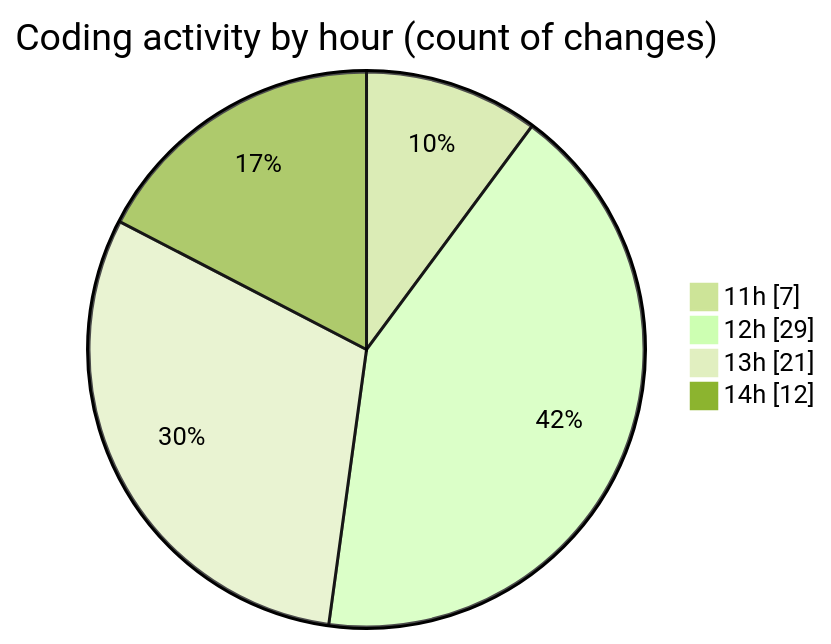
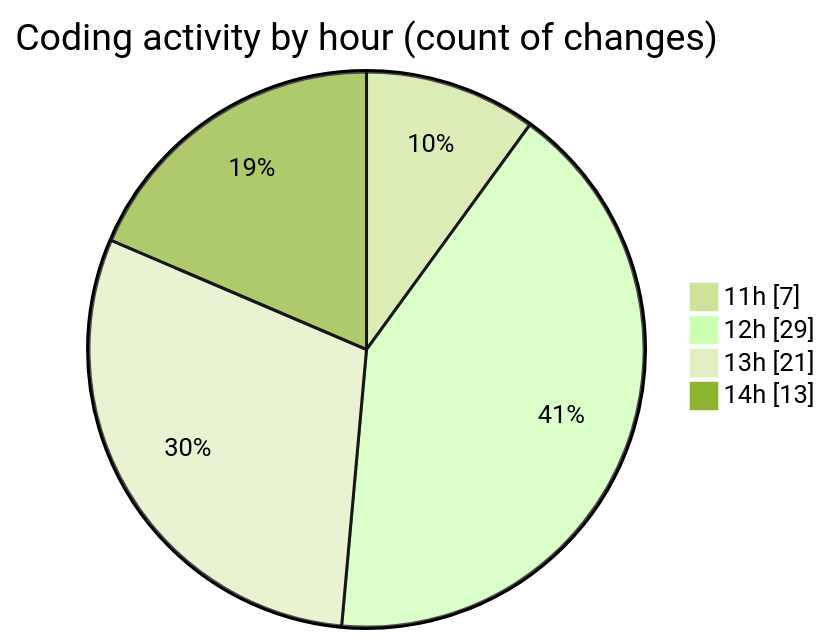
The second of 2 diagrams in 2025-01-08/nueva_carpeta/README.md (LanceThiago/code-tracking), drawn with Mermaid (forest theme) before and after one commit. The commit also changed other lines of this file and 1 other file, not shown here.

````diff
--- a/2025-01-08/nueva_carpeta/README.md
+++ b/2025-01-08/nueva_carpeta/README.md
@@ -28,8 +28,8 @@
 ```mermaid
 pie showData
 title Coding activity by hour (count of changes)
 "11h" : 7
 "12h" : 29
 "13h" : 21
-"14h" : 12
+"14h" : 13
 ```
````
